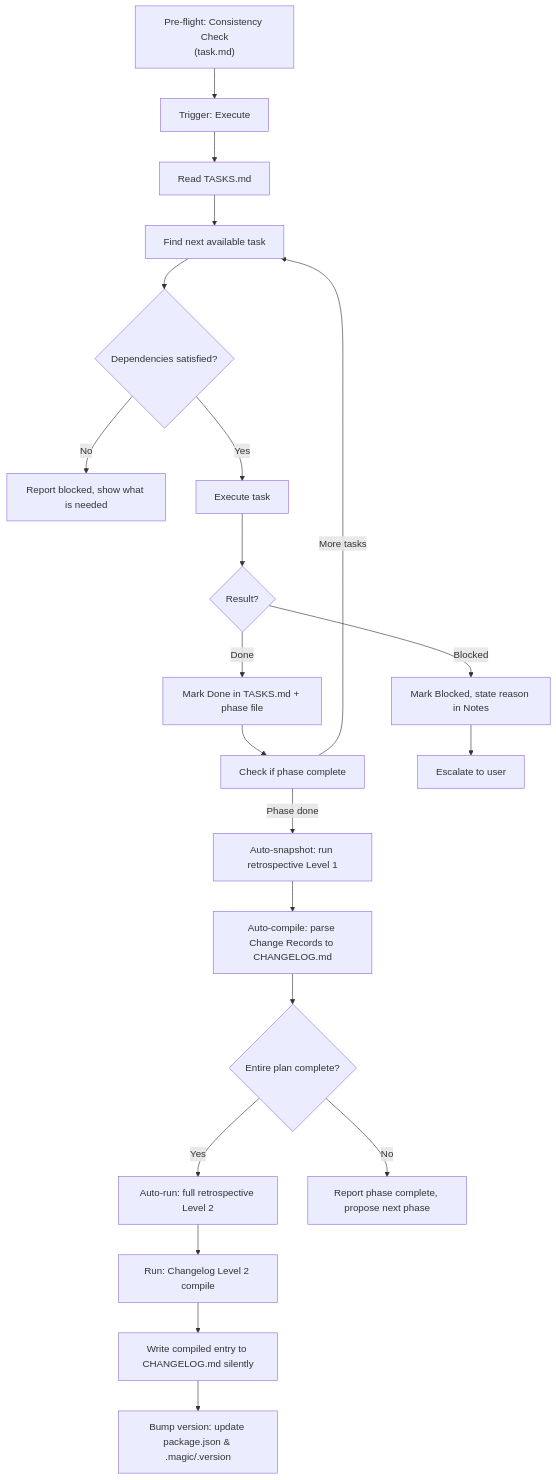
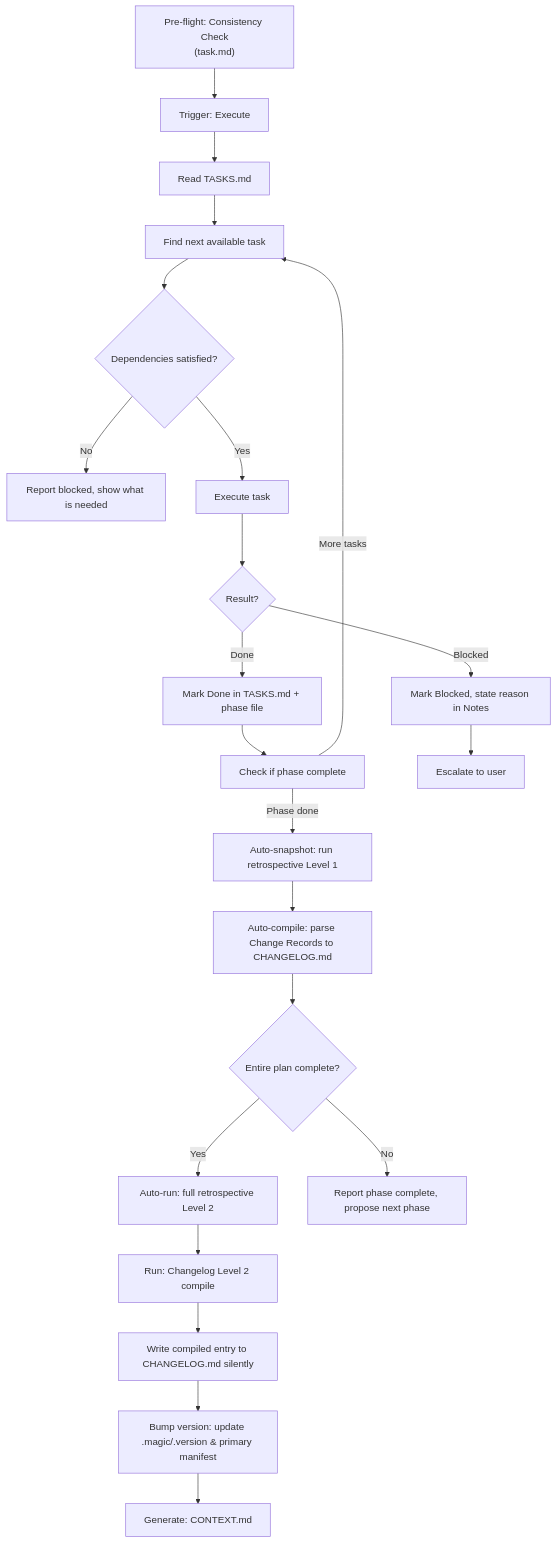
One commit to teratron/magic-spec changed the first of 2 diagrams in .magic/run.md. Above: the diagram before and after it, drawn with Mermaid. The commit also changed other lines of this file and 7 other files, not shown here.

````diff
--- a/.magic/run.md
+++ b/.magic/run.md
@@ -67,23 +67,24 @@
 ```mermaid
 graph TD
     Z["Pre-flight: Consistency Check\n(task.md)"] --> A
     A[Trigger: Execute] --> B[Read TASKS.md]
     B --> C[Find next available task]
     C --> D{Dependencies satisfied?}
     D -->|No| E[Report blocked, show what is needed]
     D -->|Yes| F[Execute task]
     F --> G{Result?}
     G -->|Done| H[Mark Done in TASKS.md + phase file]
     G -->|Blocked| I[Mark Blocked, state reason in Notes]
     H --> J[Check if phase complete]
     J -->|Phase done| K[Auto-snapshot: run retrospective Level 1]
     K --> L1[Auto-compile: parse Change Records to CHANGELOG.md]
     L1 --> L{Entire plan complete?}
     L -->|Yes| M[Auto-run: full retrospective Level 2]
     M --> M1[Run: Changelog Level 2 compile]
     M1 --> N1[Write compiled entry to CHANGELOG.md silently]
-    N1 --> N2[Bump version: update package.json & .magic/.version]
+    N1 --> N2[Bump version: update .magic/.version & primary manifest]
+    N2 --> N3[Generate: CONTEXT.md]
     L -->|No| N[Report phase complete, propose next phase]
     J -->|More tasks| C
     I --> O[Escalate to user]
 ```
````
